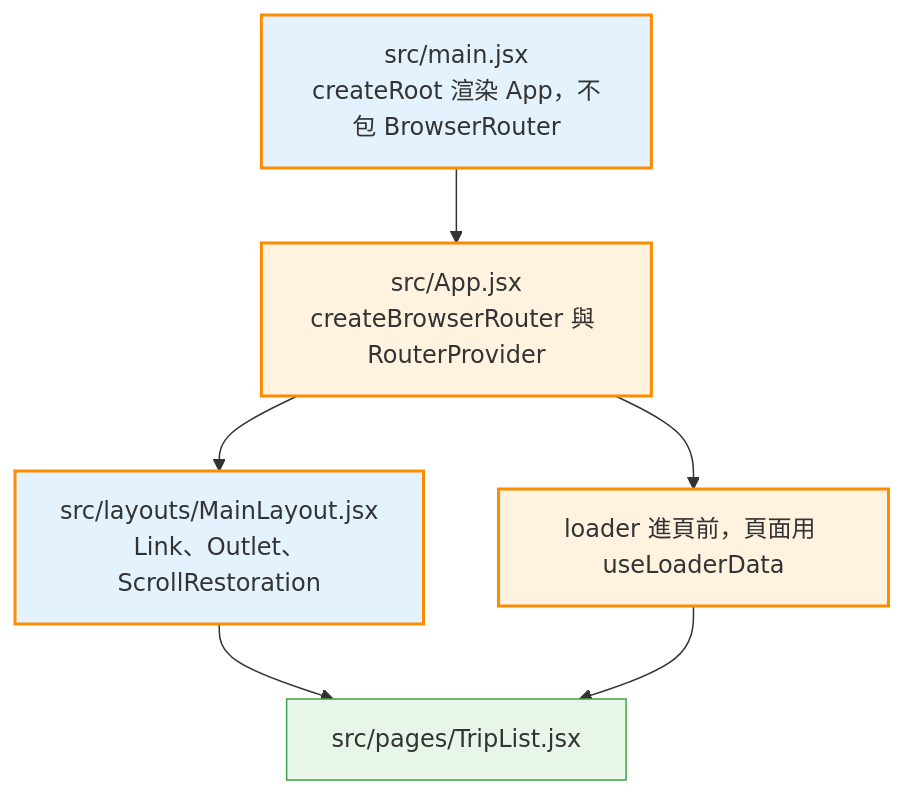
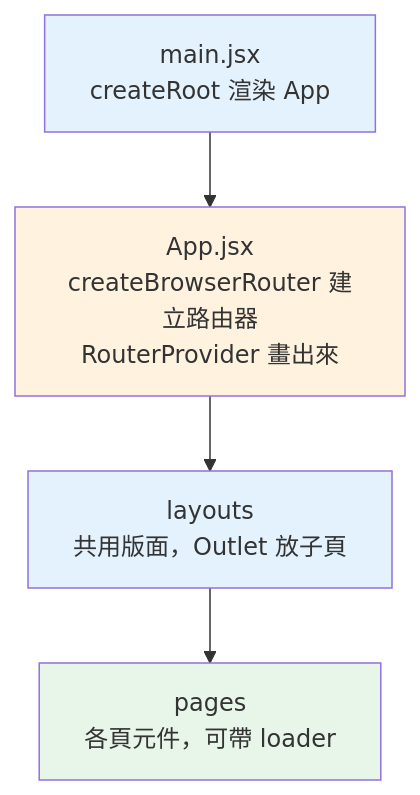
The second of 16 diagrams in source/_posts/lokiTech-15day-11-react-router.md (summer10920/summer10920.github.io), drawn with Mermaid before and after one commit. The commit also changed other lines of this file and 17 other files, not shown here.

```diff
--- a/source/_posts/lokiTech-15day-11-react-router.md
+++ b/source/_posts/lokiTech-15day-11-react-router.md
@@ -127,23 +113,13 @@
 {% mermaid graph TD %}
-  entry["src/main.jsx<br/>createRoot 渲染 App，不包 BrowserRouter"]
-  routes["src/App.jsx<br/>createBrowserRouter 與 RouterProvider"]
-  layout["src/layouts/MainLayout.jsx<br/>Link、Outlet、ScrollRestoration"]
-  page["src/pages/TripList.jsx"]
-  data["loader 進頁前，頁面用 useLoaderData"]
+  entry["main.jsx<br/>createRoot 渲染 App"]
+  routes["App.jsx<br/>createBrowserRouter 建立路由器<br/>RouterProvider 畫出來"]
+  layout["layouts<br/>共用版面，Outlet 放子頁"]
+  page["pages<br/>各頁元件，可帶 loader"]
   entry --> routes
   routes --> layout
   layout --> page
-  routes --> data
-  data --> page
-  classDef entryC fill:#e3f2fd,stroke:#1e88e5
-  classDef routesC fill:#fff3e0,stroke:#f9a825
-  classDef layoutC fill:#e3f2fd,stroke:#1e88e5
-  classDef pageC fill:#e8f5e9,stroke:#43a047
-  classDef dataC fill:#fff3e0,stroke:#f9a825
-  classDef differBlue fill:#e3f2fd,stroke:#fb8c00,stroke-width:2px
-  classDef differOrange fill:#fff3e0,stroke:#fb8c00,stroke-width:2px
-  classDef differGreen fill:#e8f5e9,stroke:#fb8c00,stroke-width:2px
-  class entry,layout differBlue
-  class routes,data differOrange
-  class page pageC
+  style entry fill:#e3f2fd
+  style routes fill:#fff3e0
+  style layout fill:#e3f2fd
+  style page fill:#e8f5e9
 {% endmermaid %}
```
